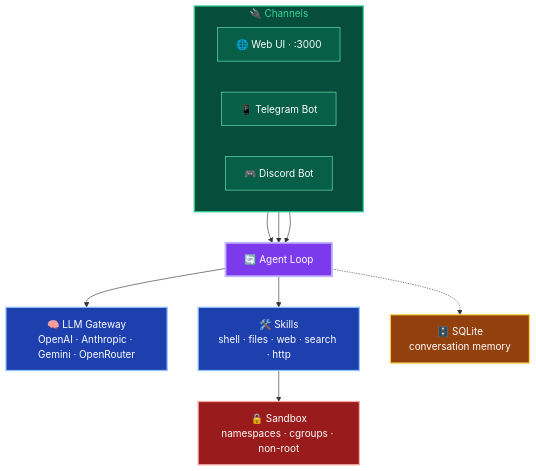
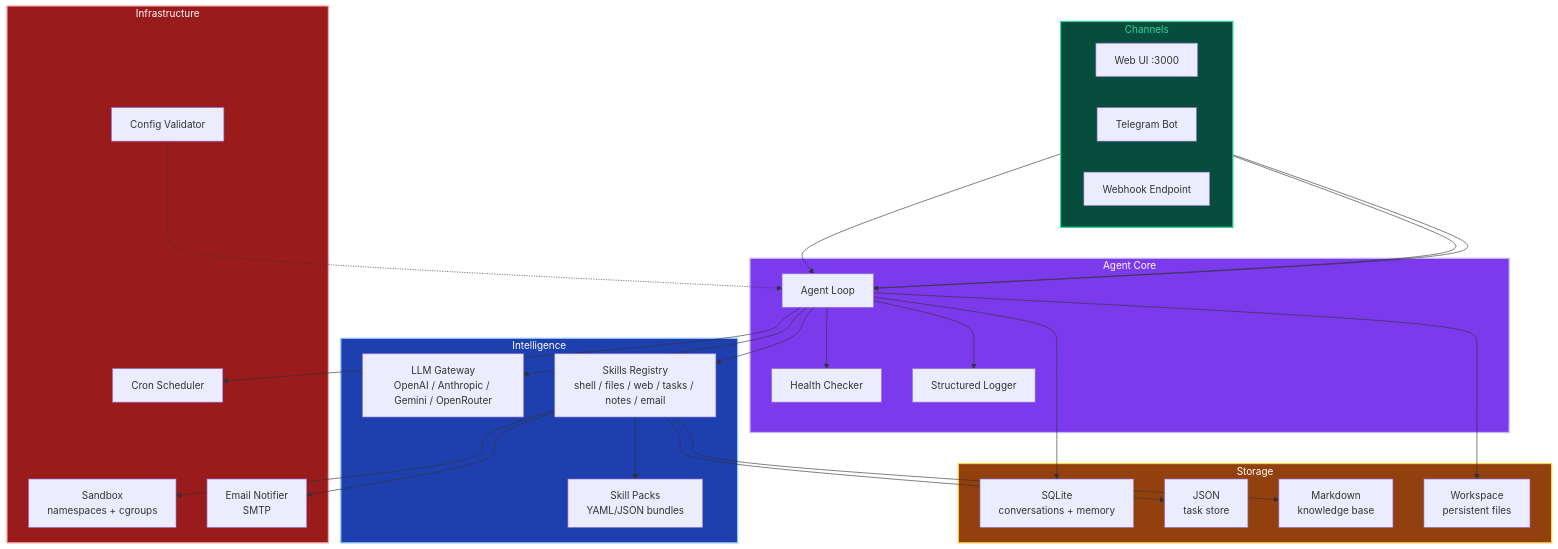
The diagram in README.md (mandarl/pennyclaw), drawn with Mermaid before and after one commit. The commit also changed other lines of this file and 18 other files, not shown here.

````diff
--- a/README.md
+++ b/README.md
@@ -112,34 +177,58 @@
 ```mermaid
 graph TD
-    subgraph Channels["🔌 Channels"]
+    subgraph Channels["Channels"]
         direction LR
-        WEB["🌐 Web UI · :3000"]
-        TG["📱 Telegram Bot"]
-        DC["🎮 Discord Bot"]
+        WEB["Web UI :3000"]
+        TG["Telegram Bot"]
+        WH["Webhook Endpoint"]
     end
 
-    AGENT["🔄 Agent Loop"]
+    subgraph Core["Agent Core"]
+        AGENT["Agent Loop"]
+        HEALTH["Health Checker"]
+        LOG["Structured Logger"]
+    end
 
-    LLM["🧠 LLM Gateway\nOpenAI · Anthropic · Gemini · OpenRouter"]
-    SKILLS["🛠️ Skills\nshell · files · web · search · http"]
-    SANDBOX["🔒 Sandbox\nnamespaces · cgroups · non-root"]
-    SQLITE["🗄️ SQLite\nconversation memory"]
+    subgraph Intelligence["Intelligence"]
+        LLM["LLM Gateway<br/>OpenAI / Anthropic / Gemini / OpenRouter"]
+        SKILLS["Skills Registry<br/>shell / files / web / tasks / notes / email"]
+        SKILLPACK["Skill Packs<br/>YAML/JSON bundles"]
+    end
+
+    subgraph Storage["Storage"]
+        SQLITE["SQLite<br/>conversations + memory"]
+        TASKS["JSON<br/>task store"]
+        NOTES["Markdown<br/>knowledge base"]
+        WORKSPACE["Workspace<br/>persistent files"]
+    end
+
+    subgraph Infra["Infrastructure"]
+        SANDBOX["Sandbox<br/>namespaces + cgroups"]
+        CRON["Cron Scheduler"]
+        EMAIL["Email Notifier<br/>SMTP"]
+        VALIDATE["Config Validator"]
+    end
 
     WEB --> AGENT
     TG --> AGENT
-    DC --> AGENT
+    WH --> AGENT
     AGENT --> LLM
     AGENT --> SKILLS
-    AGENT -.-> SQLITE
+    AGENT --> HEALTH
+    AGENT --> LOG
+    SKILLS --> SKILLPACK
     SKILLS --> SANDBOX
+    SKILLS --> TASKS
+    SKILLS --> NOTES
+    SKILLS --> EMAIL
+    AGENT --> SQLITE
+    AGENT --> WORKSPACE
+    AGENT --> CRON
+    VALIDATE -.-> AGENT
 
     style Channels fill:#064e3b,stroke:#34d399,stroke-width:2px,color:#34d399
-    style WEB fill:#065f46,stroke:#6ee7b7,color:#fff
-    style TG fill:#065f46,stroke:#6ee7b7,color:#fff
-    style DC fill:#065f46,stroke:#6ee7b7,color:#fff
-    style AGENT fill:#7c3aed,stroke:#c4b5fd,stroke-width:3px,color:#fff
-    style LLM fill:#1e40af,stroke:#93c5fd,stroke-width:2px,color:#fff
-    style SKILLS fill:#1e40af,stroke:#93c5fd,stroke-width:2px,color:#fff
-    style SANDBOX fill:#991b1b,stroke:#fca5a5,stroke-width:2px,color:#fff
-    style SQLITE fill:#92400e,stroke:#fcd34d,stroke-width:2px,color:#fff
+    style Core fill:#7c3aed,stroke:#c4b5fd,stroke-width:2px,color:#fff
+    style Intelligence fill:#1e40af,stroke:#93c5fd,stroke-width:2px,color:#fff
+    style Storage fill:#92400e,stroke:#fcd34d,stroke-width:2px,color:#fff
+    style Infra fill:#991b1b,stroke:#fca5a5,stroke-width:2px,color:#fff
 ```
````
